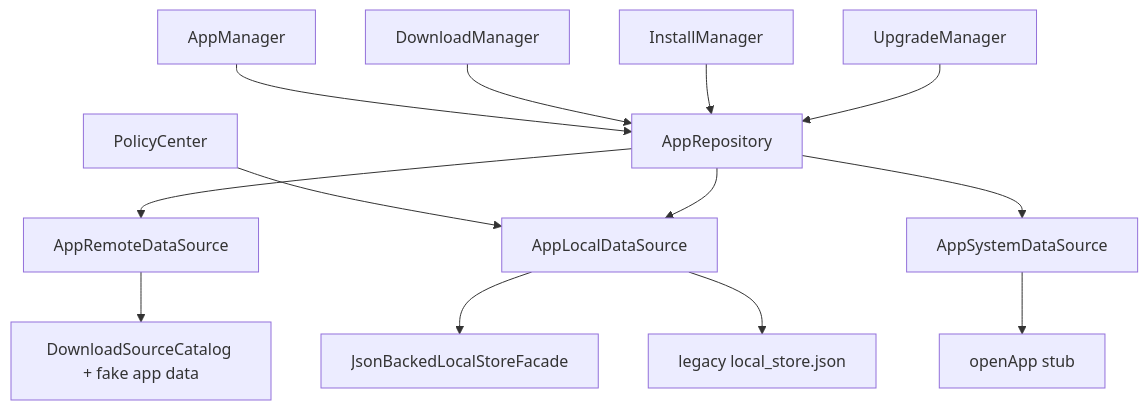
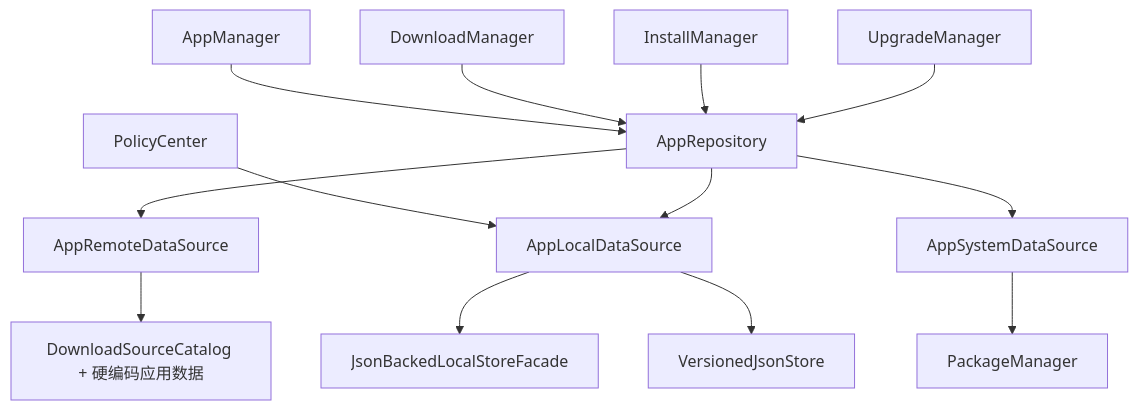
The first of 4 diagrams in docs/15-Repository架构与流程.md (XZQ/CarAppStore), drawn with Mermaid before and after one commit. The commit also changed other lines of this file and 20 other files, not shown here.

````diff
--- a/docs/15-Repository架构与流程.md
+++ b/docs/15-Repository架构与流程.md
@@ -37,18 +17,17 @@
 ```mermaid
 flowchart TD
+    AM[AppManager] --> REPO[AppRepository]
+    DM[DownloadManager] --> REPO
+    IM[InstallManager] --> REPO
+    UM[UpgradeManager] --> REPO
+    PC[PolicyCenter] --> LOCAL[AppLocalDataSource]
 
-AM[AppManager] --> REPO[AppRepository]
-DM[DownloadManager] --> REPO
-IM[InstallManager] --> REPO
-UM[UpgradeManager] --> REPO
-PC[PolicyCenter] --> LOCAL[AppLocalDataSource]
+    REPO --> REMOTE[AppRemoteDataSource]
+    REPO --> LOCAL
+    REPO --> SYSTEM[AppSystemDataSource]
 
-REPO --> REMOTE[AppRemoteDataSource]
-REPO --> LOCAL[AppLocalDataSource]
-REPO --> SYSTEM[AppSystemDataSource]
-
-LOCAL --> FACADE[JsonBackedLocalStoreFacade]
-LOCAL --> LEGACY[legacy local_store.json]
-SYSTEM --> OPENAPP[openApp stub]
-REMOTE --> CATALOG[DownloadSourceCatalog + fake app data]
+    LOCAL --> FACADE[JsonBackedLocalStoreFacade]
+    LOCAL --> VSTORE[VersionedJsonStore]
+    SYSTEM --> PKGMGR[PackageManager]
+    REMOTE --> CATALOG[DownloadSourceCatalog + 硬编码应用数据]
 ```
````
